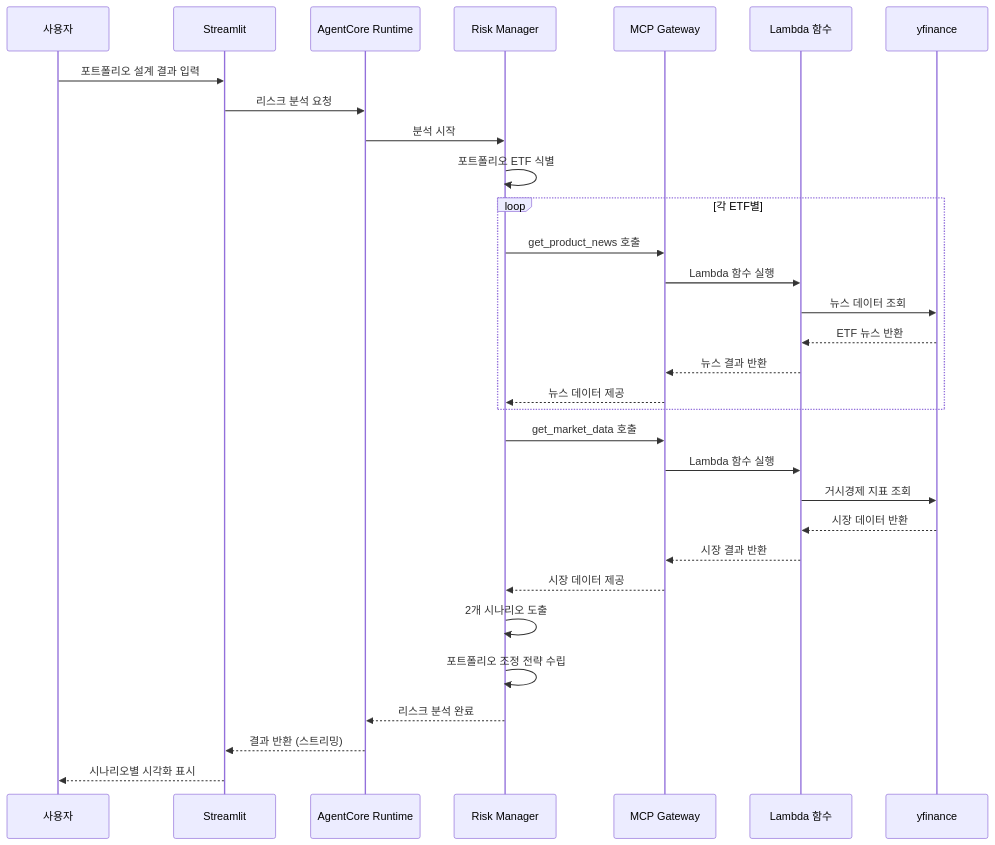
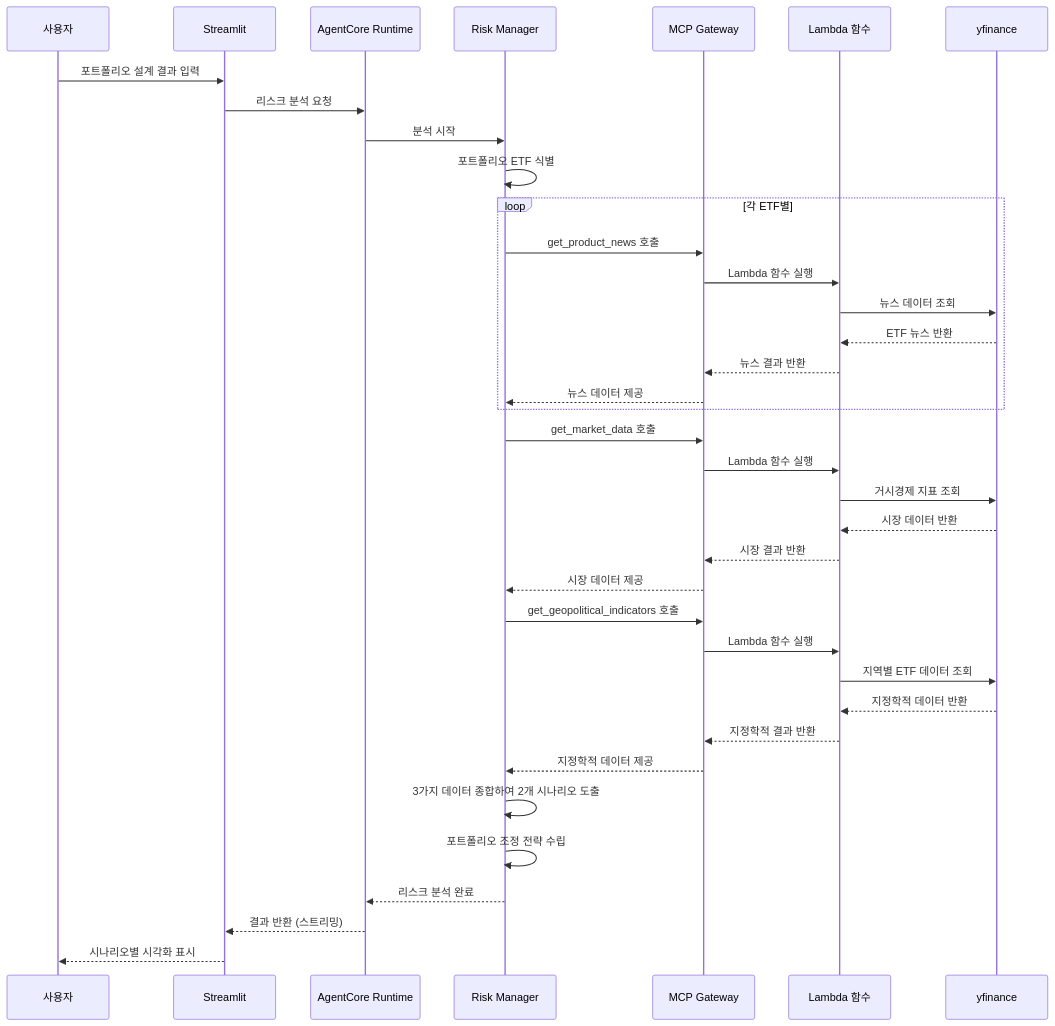
One commit to ksgsslee/investment_advisor_strands changed the second of 2 diagrams in risk_manager/README.md. Above: the diagram before and after it, drawn with Mermaid. The commit also changed other lines of this file and 1 other file, not shown here.

````diff
--- a/risk_manager/README.md
+++ b/risk_manager/README.md
@@ -84,37 +84,44 @@
 ```mermaid
 sequenceDiagram
     participant U as 사용자
     participant S as Streamlit
     participant R as AgentCore Runtime
     participant A as Risk Manager
     participant G as MCP Gateway
     participant L as Lambda 함수
     participant Y as yfinance
     
     U->>S: 포트폴리오 설계 결과 입력
     S->>R: 리스크 분석 요청
     R->>A: 분석 시작
     A->>A: 포트폴리오 ETF 식별
     
     loop 각 ETF별
         A->>G: get_product_news 호출
         G->>L: Lambda 함수 실행
         L->>Y: 뉴스 데이터 조회
         Y-->>L: ETF 뉴스 반환
         L-->>G: 뉴스 결과 반환
         G-->>A: 뉴스 데이터 제공
     end
     
     A->>G: get_market_data 호출
     G->>L: Lambda 함수 실행
     L->>Y: 거시경제 지표 조회
     Y-->>L: 시장 데이터 반환
     L-->>G: 시장 결과 반환
     G-->>A: 시장 데이터 제공
     
-    A->>A: 2개 시나리오 도출
+    A->>G: get_geopolitical_indicators 호출
+    G->>L: Lambda 함수 실행
+    L->>Y: 지역별 ETF 데이터 조회
+    Y-->>L: 지정학적 데이터 반환
+    L-->>G: 지정학적 결과 반환
+    G-->>A: 지정학적 데이터 제공
+    
+    A->>A: 3가지 데이터 종합하여 2개 시나리오 도출
     A->>A: 포트폴리오 조정 전략 수립
     A-->>R: 리스크 분석 완료
     R-->>S: 결과 반환 (스트리밍)
     S-->>U: 시나리오별 시각화 표시
 ```
````
